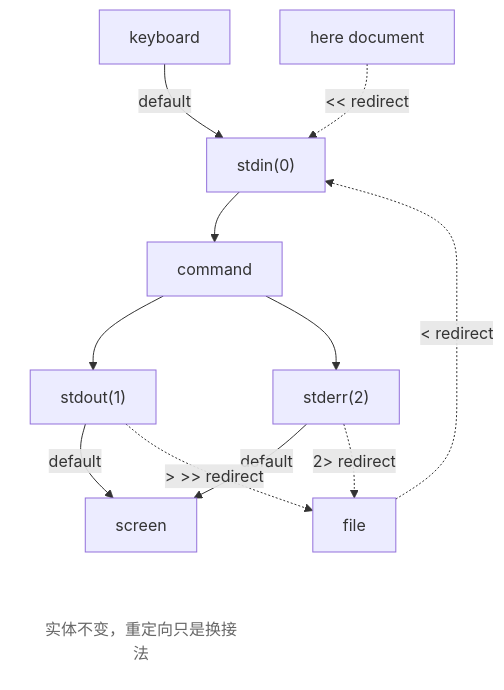
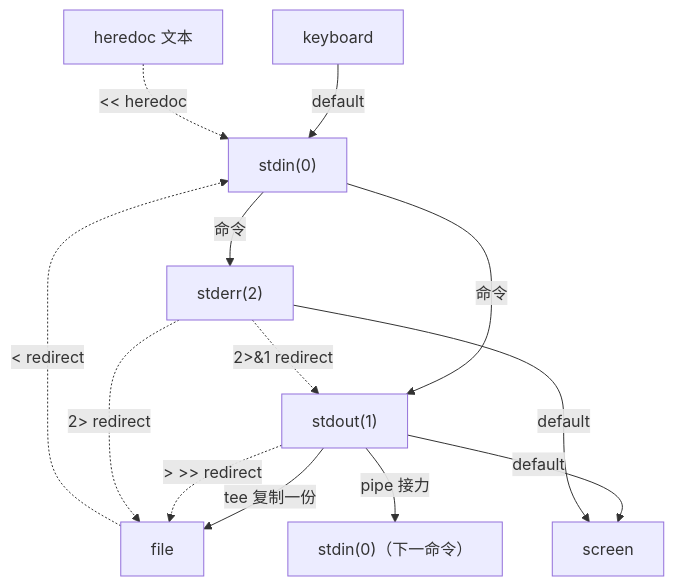
The diagram in src/linux-command/ch06.md (wangxiangnan/wangxiangnan.github.io), drawn with Mermaid before and after one commit. The commit also changed other lines of this file and 15 other files, not shown here.

````diff
--- a/src/linux-command/ch06.md
+++ b/src/linux-command/ch06.md
@@ -69,19 +14,22 @@
 ```mermaid
 flowchart TB
-    K["keyboard"] -->|"default"| I["stdin(0)"]
-    HD["here document"] -.->|"&lt;&lt; redirect"| I
-    F["file"] -.->|"&lt; redirect"| I
-    I --> C["command"]
-    C --> O["stdout(1)"]
-    C --> E["stderr(2)"]
-    O -->|"default"| S["screen"]
-    E -->|"default"| S
+    K["keyboard"]
+    F["file"]
+    H["heredoc 文本"]
+    I["stdin(0)"]
+    O["stdout(1)"]
+    E["stderr(2)"]
+    S["screen"]
+    K -->|"default"| I
+    F -.->|"&lt; redirect"| I
+    H -.->|"&lt;&lt; heredoc"| I
+    I -->|"命令"| O
+    I -->|"命令"| E
+    O -->|"tee 复制一份"| F
     O -.->|"&gt; &gt;&gt; redirect"| F
     E -.->|"2&gt; redirect"| F
-    N["实体不变，重定向只是换接法"]
-
-    S ~~~ N
-
-    classDef note fill:none,stroke:none,color:#666
-    class N note
+    E -.->|"2&gt;&amp;1 redirect"| O
+    O -->|"default"| S
+    E -->|"default"| S
+    O -->|"pipe 接力"| I2["stdin(0)（下一命令）"]
 ```
````
